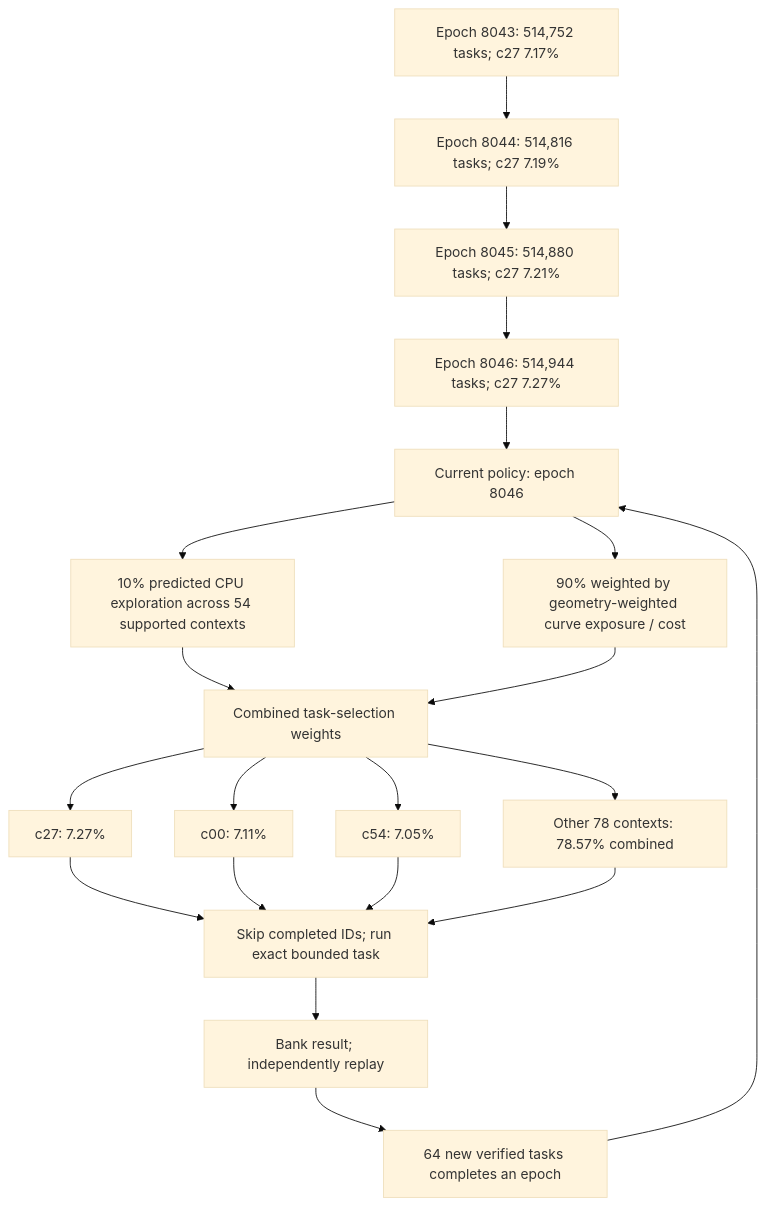
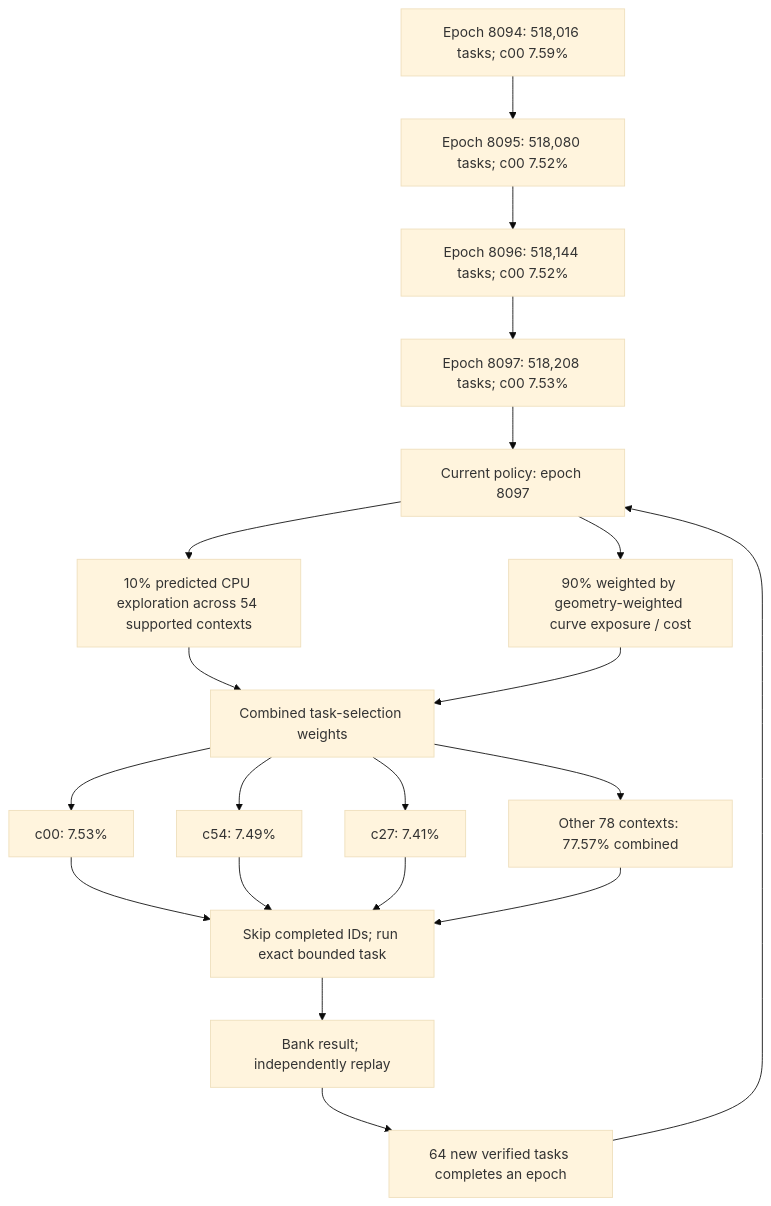
The first of 4 diagrams in README.md (Kuberwastaken/math-gambling), drawn with Mermaid (base theme) before and after one commit. The commit also changed other lines of this file and 7613 other files, not shown here.

````diff
--- a/README.md
+++ b/README.md
@@ -60,27 +60,27 @@
 ```mermaid
 flowchart TD
-    H0["Epoch 8043: 514,752 tasks; c27 7.17%"]
-    H1["Epoch 8044: 514,816 tasks; c27 7.19%"]
+    H0["Epoch 8094: 518,016 tasks; c00 7.59%"]
+    H1["Epoch 8095: 518,080 tasks; c00 7.52%"]
     H0 --> H1
-    H2["Epoch 8045: 514,880 tasks; c27 7.21%"]
+    H2["Epoch 8096: 518,144 tasks; c00 7.52%"]
     H1 --> H2
-    H3["Epoch 8046: 514,944 tasks; c27 7.27%"]
+    H3["Epoch 8097: 518,208 tasks; c00 7.53%"]
     H2 --> H3
-    Policy["Current policy: epoch 8046"]
+    Policy["Current policy: epoch 8097"]
     H3 --> Policy
     Policy --> Explore["10% predicted CPU exploration across 54 supported contexts"]
     Policy --> Cost["90% weighted by geometry-weighted curve exposure / cost"]
     Explore --> Mix["Combined task-selection weights"]
     Cost --> Mix
-    Mix --> C0["c27: 7.27%"]
-    Mix --> C1["c00: 7.11%"]
-    Mix --> C2["c54: 7.05%"]
-    Mix --> Rest["Other 78 contexts: 78.57% combined"]
+    Mix --> C0["c00: 7.53%"]
+    Mix --> C1["c54: 7.49%"]
+    Mix --> C2["c27: 7.41%"]
+    Mix --> Rest["Other 78 contexts: 77.57% combined"]
     C0 --> Check["Skip completed IDs; run exact bounded task"]
     C1 --> Check
     C2 --> Check
     Rest --> Check
     Check --> Replay["Bank result; independently replay"]
     Replay --> Gate["64 new verified tasks completes an epoch"]
     Gate --> Policy
 ```
````
